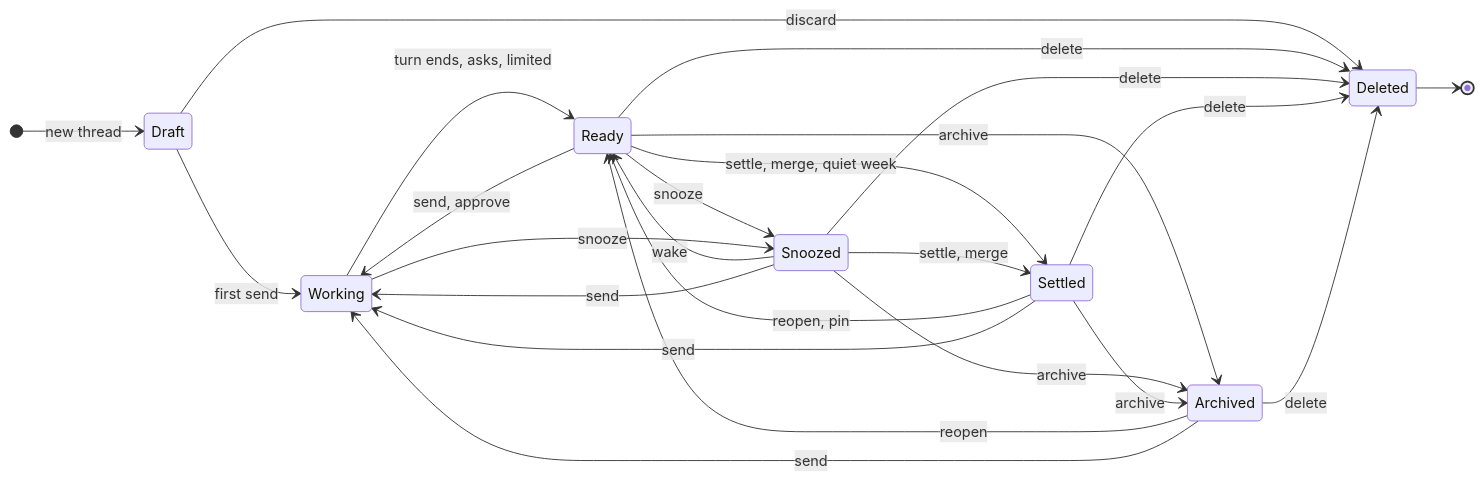
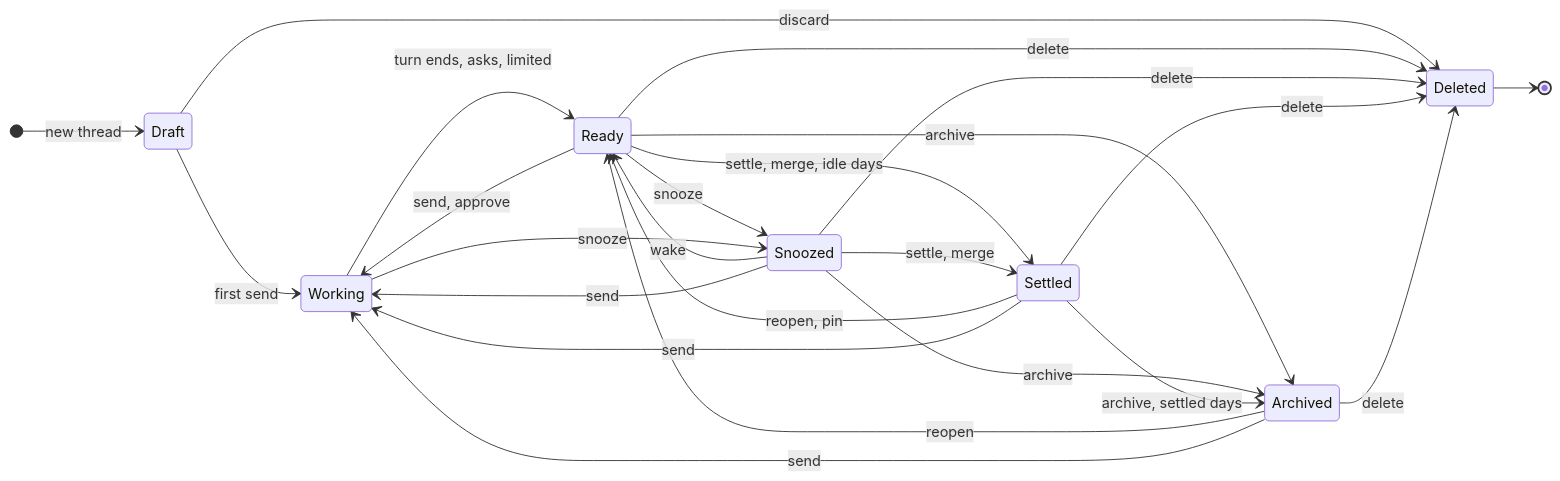
Diagram 14 of 19 in docs/arch.md (hinadev-ai/hinacode), drawn with Mermaid before and after one commit. The commit also changed 5 other files, not shown here.

First line of the commit message:
refactor(sidebar): drop the quiet week rule

````diff
--- a/docs/arch.md
+++ b/docs/arch.md
@@ -533,27 +533,27 @@
 ```mermaid
 stateDiagram-v2
   direction LR
   [*] --> Draft: new thread
   Draft --> Working: first send
   Draft --> Deleted: discard
   Working --> Ready: turn ends, asks, limited
   Ready --> Working: send, approve
   Ready --> Snoozed: snooze
   Working --> Snoozed: snooze
   Snoozed --> Ready: wake
   Snoozed --> Working: send
-  Ready --> Settled: settle, merge, quiet week
+  Ready --> Settled: settle, merge, idle days
   Snoozed --> Settled: settle, merge
   Settled --> Ready: reopen, pin
   Settled --> Working: send
   Ready --> Archived: archive
   Snoozed --> Archived: archive
-  Settled --> Archived: archive
+  Settled --> Archived: archive, settled days
   Archived --> Ready: reopen
   Archived --> Working: send
   Ready --> Deleted: delete
   Snoozed --> Deleted: delete
   Settled --> Deleted: delete
   Archived --> Deleted: delete
   Deleted --> [*]
 ```
````
